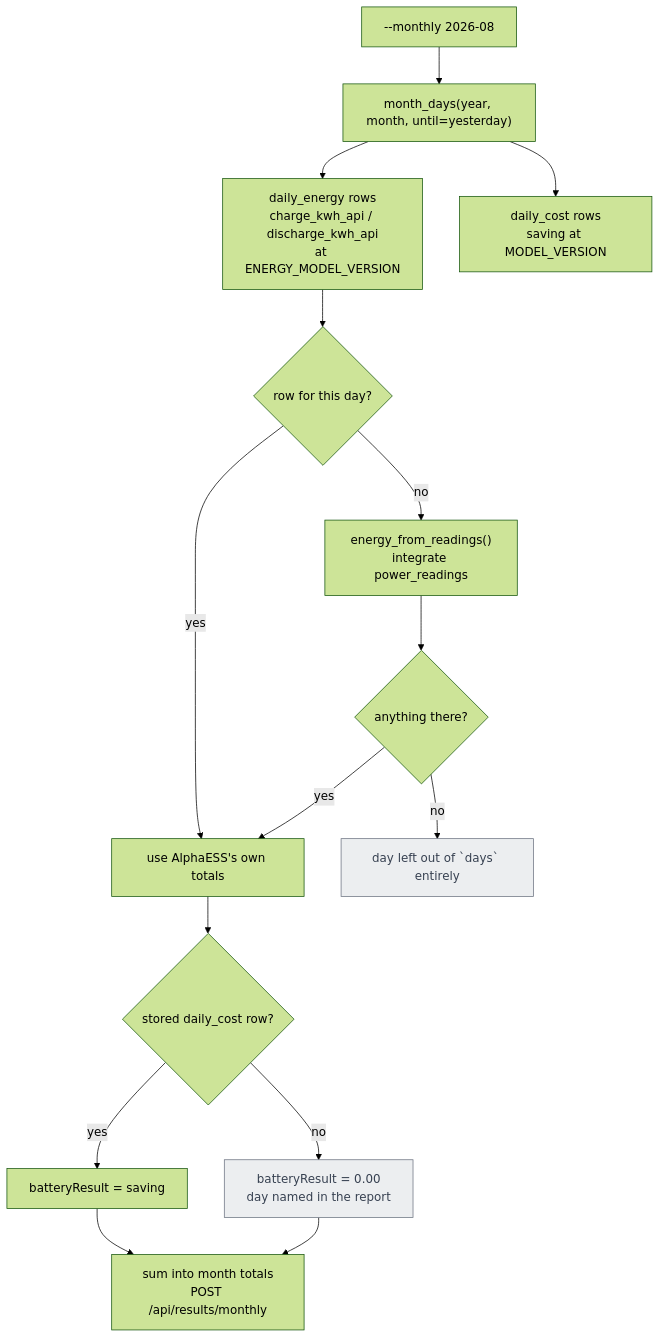
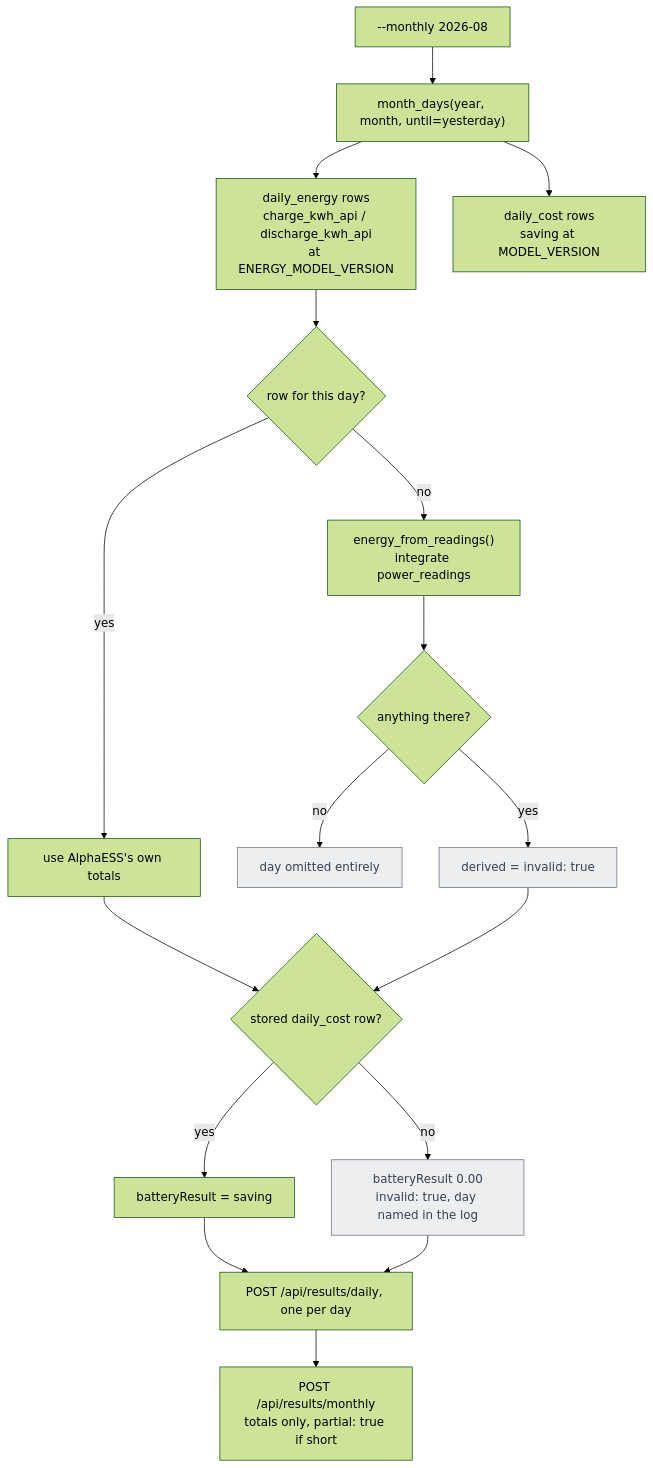
Before and after one commit to sandeepthukral/alphaess-collector: the second of 2 diagrams in docs/MIJNBATTERIJ-FLOW.md, drawn with Mermaid (forest theme). The commit also changed other lines of this file and 5 other files, not shown here.

````diff
--- a/docs/MIJNBATTERIJ-FLOW.md
+++ b/docs/MIJNBATTERIJ-FLOW.md
@@ -192,20 +214,22 @@
 ```mermaid
 flowchart TD
     A["--monthly 2026-08"] --> B["month_days(year, month, until=yesterday)"]
     B --> C["daily_energy rows<br/>charge_kwh_api / discharge_kwh_api<br/>at ENERGY_MODEL_VERSION"]
     B --> D["daily_cost rows<br/>saving at MODEL_VERSION"]
     C --> E{row for this day?}
     E -- yes --> F["use AlphaESS's own totals"]
     E -- no --> G["energy_from_readings()<br/>integrate power_readings"]
-    G --> H{"anything there?"}
-    H -- no --> OMIT["day left out of `days` entirely"]
-    H -- yes --> F
+    G --> H{anything there?}
+    H -- no --> OMIT["day omitted entirely"]
+    H -- yes --> F2["derived = invalid: true"]
     F --> I{stored daily_cost row?}
+    F2 --> I
     I -- yes --> J["batteryResult = saving"]
-    I -- no --> K["batteryResult = 0.00<br/>day named in the report"]
-    J --> L["sum into month totals<br/>POST /api/results/monthly"]
+    I -- no --> K["batteryResult 0.00<br/>invalid: true, day named in the log"]
+    J --> L["POST /api/results/daily, one per day"]
     K --> L
+    L --> M["POST /api/results/monthly<br/>totals only, partial: true if short"]
 
     classDef skip fill:#eceef0,stroke:#6b7280,color:#374151;
-    class OMIT,K skip;
+    class OMIT,K,F2 skip;
 ```
````
